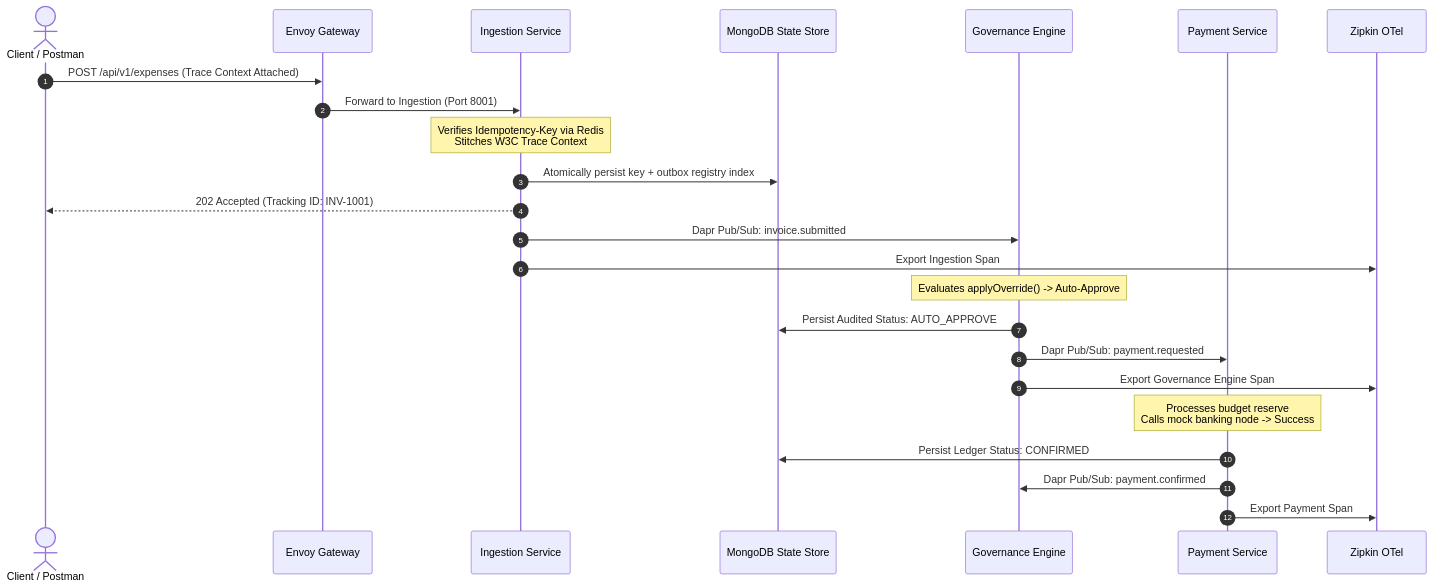
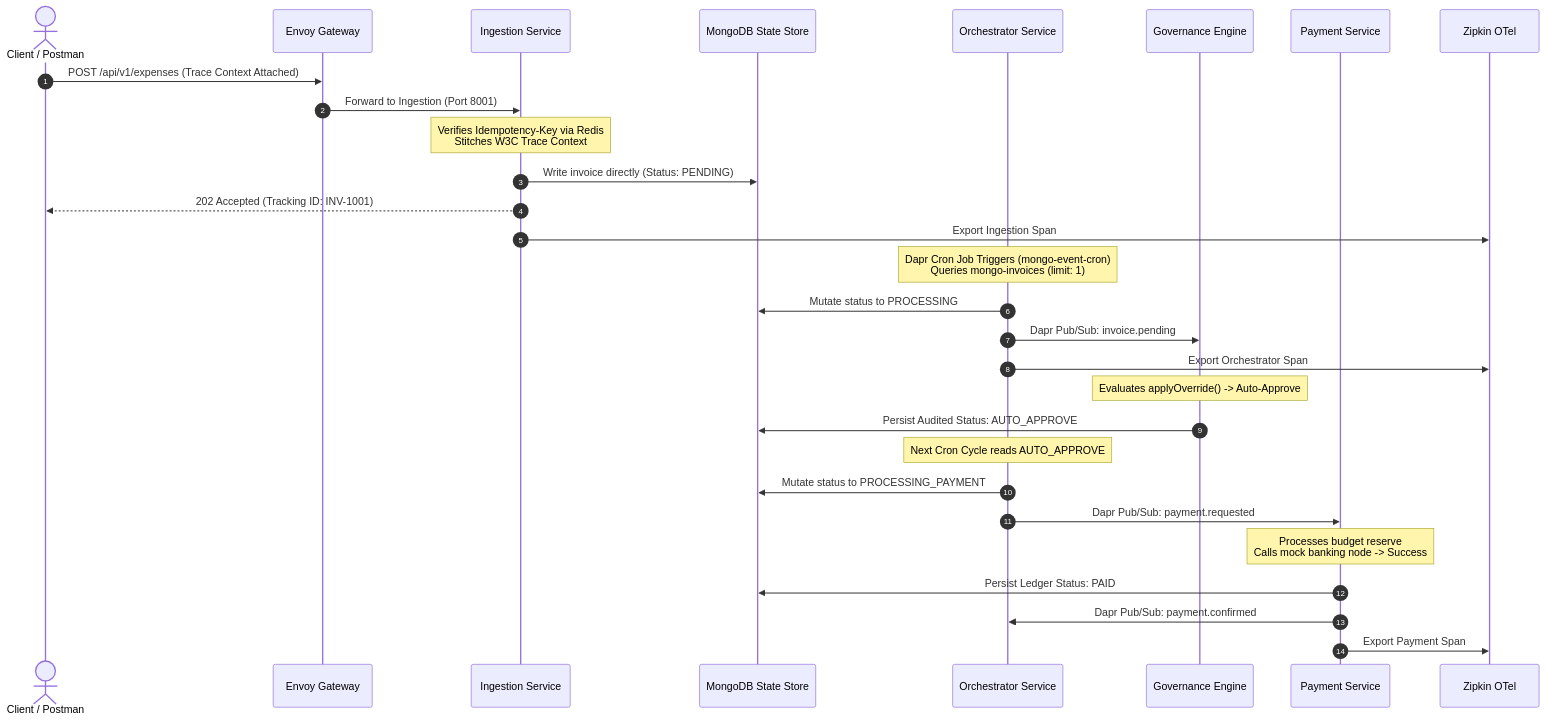
One commit to roman-shneer/InvoiceApprovalFlow changed the second of 4 diagrams in docs/ARCHITECTURE.md. Above: the diagram before and after it, drawn with Mermaid. The commit also changed other lines of this file and 11 other files, not shown here.

Commit message:
feat(orchestrator) created orchestrator service as solution for scalability and failed in process invoices

````diff
--- a/docs/ARCHITECTURE.md
+++ b/docs/ARCHITECTURE.md
@@ -67,31 +73,36 @@
 ```mermaid
 sequenceDiagram
     autonumber
     actor Client as Client / Postman
     participant Envoy as Envoy Gateway
     participant IS as Ingestion Service
     participant DB as MongoDB State Store
+    participant OS as Orchestrator Service
     participant GS as Governance Engine
     participant PS as Payment Service
     participant ZK as Zipkin OTel
 
     Client->>Envoy: POST /api/v1/expenses (Trace Context Attached)
     Envoy->>IS: Forward to Ingestion (Port 8001)
     Note over IS: Verifies Idempotency-Key via Redis<br/>Stitches W3C Trace Context
-    IS->>DB: Atomically persist key + outbox registry index
+    IS->>DB: Write invoice directly (Status: PENDING)
     IS-->>Client: 202 Accepted (Tracking ID: INV-1001)
-    
-    IS->>GS: Dapr Pub/Sub: invoice.submitted
     IS->>ZK: Export Ingestion Span
-    
+
+    Note over OS: Dapr Cron Job Triggers (mongo-event-cron)<br/>Queries mongo-invoices (limit: 1)
+    OS->>DB: Mutate status to PROCESSING
+    OS->>GS: Dapr Pub/Sub: invoice.pending
+    OS->>ZK: Export Orchestrator Span
+
     Note over GS: Evaluates applyOverride() -> Auto-Approve
     GS->>DB: Persist Audited Status: AUTO_APPROVE
-    
-    GS->>PS: Dapr Pub/Sub: payment.requested
-    GS->>ZK: Export Governance Engine Span
-    
+
+    Note over OS: Next Cron Cycle reads AUTO_APPROVE
+    OS->>DB: Mutate status to PROCESSING_PAYMENT
+    OS->>PS: Dapr Pub/Sub: payment.requested
+
     Note over PS: Processes budget reserve<br/>Calls mock banking node -> Success
-    PS->>DB: Persist Ledger Status: CONFIRMED
-    PS->>GS: Dapr Pub/Sub: payment.confirmed
+    PS->>DB: Persist Ledger Status: PAID
+    PS->>OS: Dapr Pub/Sub: payment.confirmed
     PS->>ZK: Export Payment Span
 ```
````
